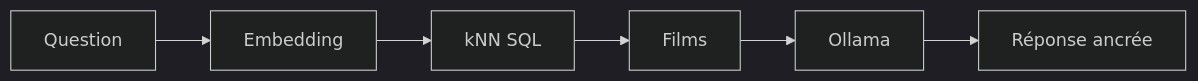
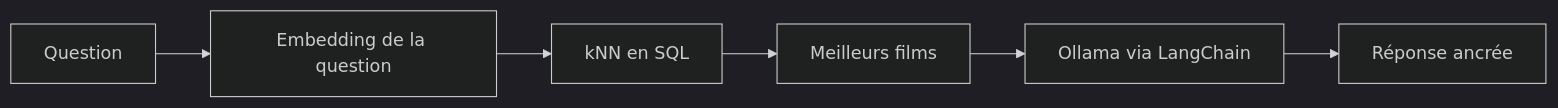
One commit to antoinebou12/CV changed the second of 2 diagrams in hugo/content/posts/vector-databases-similar-movies/index.fr.md. Above: the diagram before and after it, drawn with Mermaid (dark theme). The commit also changed other lines of this file and 9 other files, not shown here.

````diff
--- a/hugo/content/posts/vector-databases-similar-movies/index.fr.md
+++ b/hugo/content/posts/vector-databases-similar-movies/index.fr.md
@@ -111,8 +170,8 @@
 ```mermaid
 flowchart LR
-  Q[Question] --> E[Embedding]
-  E --> SQL[kNN SQL]
-  SQL --> Rows[Films]
-  Rows --> LLM[Ollama]
+  Q[Question] --> E[Embedding de la question]
+  E --> SQL[kNN en SQL]
+  SQL --> Rows[Meilleurs films]
+  Rows --> LLM[Ollama via LangChain]
   LLM --> A[Réponse ancrée]
 ```
````
